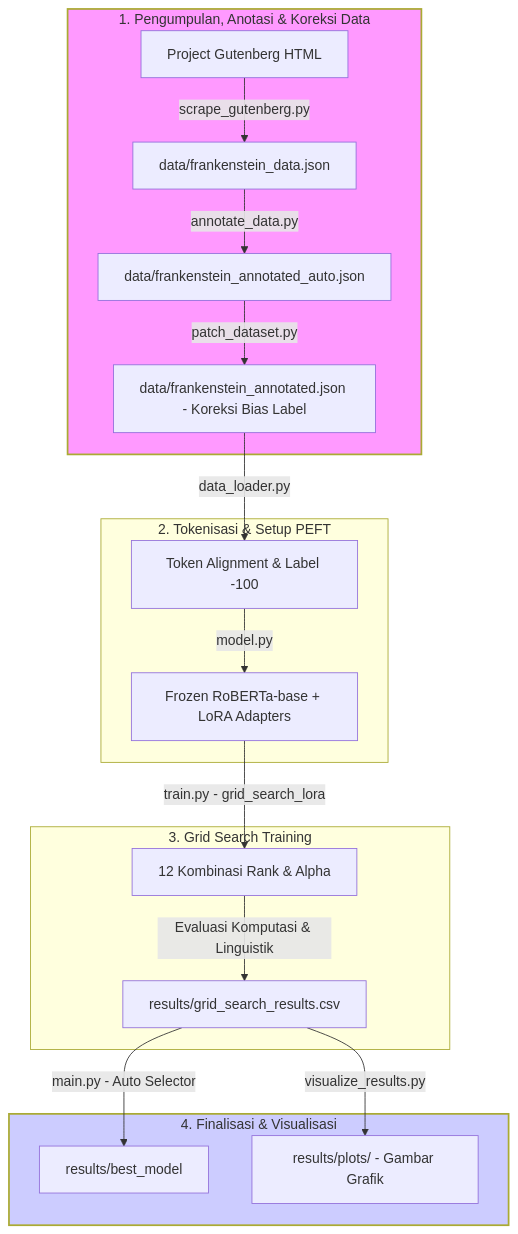
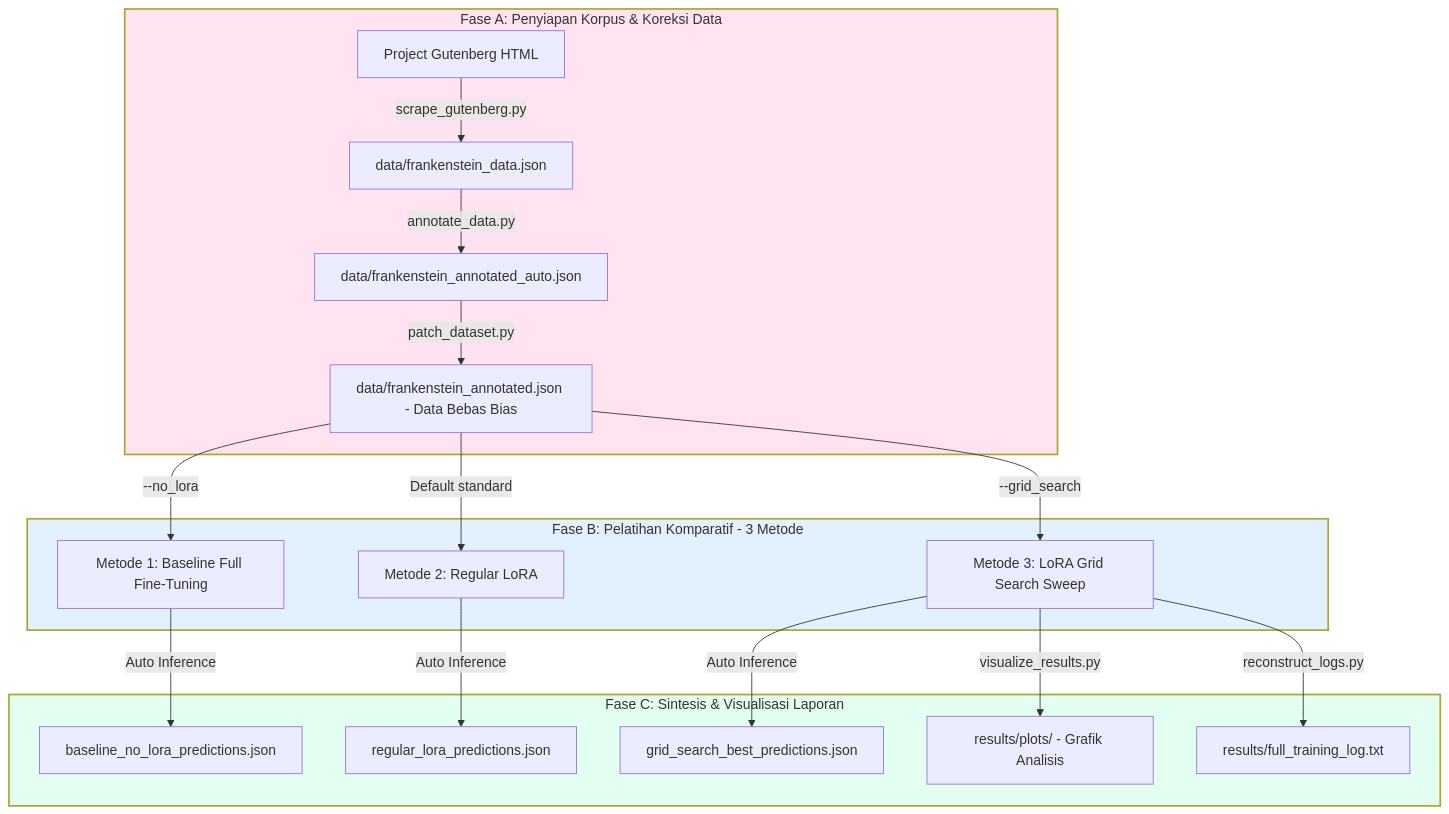
Before and after one commit to difadlyaulhaq/lora-roberta-frankenstein-ner: the diagram in README.md, drawn with Mermaid. The commit also changed other lines of this file and 507 other files, not shown here.

Commit message:
Remove tag mappings JSON and test_results; update results and add .gitignore to ignore large model checkpoints

````diff
--- a/README.md
+++ b/README.md
@@ -45,30 +13,30 @@
 ```mermaid
 graph TD
-    %% Tahap 1
-    subgraph Tahap_1 [1. Pengumpulan, Anotasi & Koreksi Data]
+    %% Fase A
+    subgraph Fase_A [Fase A: Penyiapan Korpus & Koreksi Data]
         A[Project Gutenberg HTML] -->|scrape_gutenberg.py| B[data/frankenstein_data.json]
         B -->|annotate_data.py| C[data/frankenstein_annotated_auto.json]
-        C -->|patch_dataset.py| K[data/frankenstein_annotated.json - Koreksi Bias Label]
+        C -->|patch_dataset.py| D[data/frankenstein_annotated.json - Data Bebas Bias]
     end
 
-    %% Tahap 2
-    subgraph Tahap_2 [2. Tokenisasi & Setup PEFT]
-        K -->|data_loader.py| D[Token Alignment & Label -100]
-        D -->|model.py| E[Frozen RoBERTa-base + LoRA Adapters]
+    %% Fase B
+    subgraph Fase_B [Fase B: Pelatihan Komparatif - 3 Metode]
+        D -->|--no_lora| E1[Metode 1: Baseline Full Fine-Tuning]
+        D -->|Default standard| E2[Metode 2: Regular LoRA]
+        D -->|--grid_search| E3[Metode 3: LoRA Grid Search Sweep]
     end
 
-    %% Tahap 3
-    subgraph Tahap_3 [3. Grid Search Training]
-        E -->|train.py - grid_search_lora| F[12 Kombinasi Rank & Alpha]
-        F -->|Evaluasi Komputasi & Linguistik| G[results/grid_search_results.csv]
+    %% Fase C
+    subgraph Fase_C [Fase C: Sintesis & Visualisasi Laporan]
+        E1 -->|Auto Inference| F1[baseline_no_lora_predictions.json]
+        E2 -->|Auto Inference| F2[regular_lora_predictions.json]
+        E3 -->|Auto Inference| F3[grid_search_best_predictions.json]
+        
+        E3 -->|visualize_results.py| H[results/plots/ - Grafik Analisis]
+        E3 -->|reconstruct_logs.py| I[results/full_training_log.txt]
     end
 
-    %% Tahap 4
-    subgraph Tahap_4 [4. Finalisasi & Visualisasi]
-        G -->|main.py - Auto Selector| H[results/best_model]
-        G -->|visualize_results.py| I[results/plots/ - Gambar Grafik]
-    end
-
-    style Tahap_1 fill:#f9f,stroke:#33,stroke-width:2px
-    style Tahap_4 fill:#ccf,stroke:#33,stroke-width:2px
+    style Fase_A fill:#ffe3f1,stroke:#33,stroke-width:2px
+    style Fase_B fill:#e3f1ff,stroke:#33,stroke-width:2px
+    style Fase_C fill:#e3fff1,stroke:#33,stroke-width:2px
 ```
````
